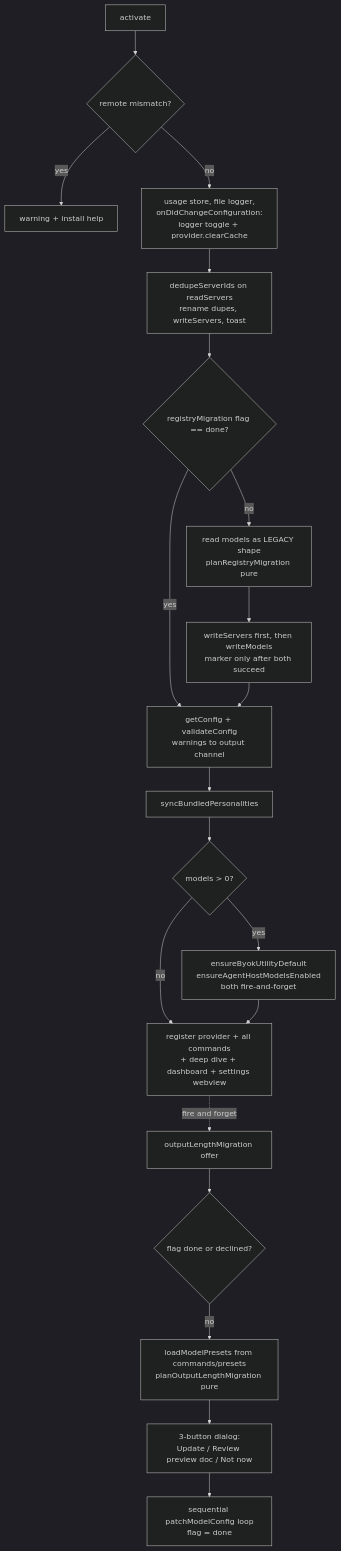
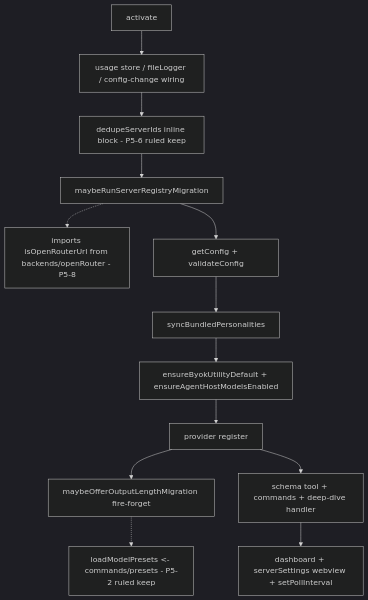
Before and after one commit to fuzzifikation/vLLM-Copilot: the fifth of 18 diagrams in docs/complexity-audit.md, drawn with Mermaid (dark theme). The commit also changed other lines of this file and 113 other files, not shown here.

First line of the commit message:
1.36.0-rc1: full-project review fix passes 1-3 on top of registry polish

````diff
--- a/docs/complexity-audit.md
+++ b/docs/complexity-audit.md
@@ -333,22 +236,15 @@
 ```mermaid
 flowchart TD
-    A[activate] --> B{remote mismatch?}
-    B -->|yes| B1[warning + install help]
-    B -->|no| C[usage store, file logger,<br/>onDidChangeConfiguration:<br/>logger toggle + provider.clearCache]
-    C --> D[dedupeServerIds on readServers<br/>rename dupes, writeServers, toast]
-    D --> E{registryMigration flag == done?}
-    E -->|no| F[read models as LEGACY shape<br/>planRegistryMigration pure]
-    F --> G[writeServers first, then writeModels<br/>marker only after both succeed]
-    E -->|yes| H
-    G --> H[getConfig + validateConfig<br/>warnings to output channel]
-    H --> I[syncBundledPersonalities]
-    I --> J{models > 0?}
-    J -->|yes| K[ensureByokUtilityDefault<br/>ensureAgentHostModelsEnabled<br/>both fire-and-forget]
-    J -->|no| L
-    K --> L[register provider + all commands<br/>+ deep dive + dashboard + settings webview]
-    L -.fire and forget.-> M[outputLengthMigration offer]
-    M --> N{flag done or declined?}
-    N -->|no| O[loadModelPresets from commands/presets<br/>planOutputLengthMigration pure]
-    O --> P[3-button dialog:<br/>Update / Review preview doc / Not now]
-    P --> Q[sequential patchModelConfig loop<br/>flag = done]
+    A[activate] --> B[usage store / fileLogger / config-change wiring]
+    B --> C[dedupeServerIds inline block - P5-6 ruled keep]
+    C --> D[maybeRunServerRegistryMigration]
+    D -.-> D1[imports isOpenRouterUrl from backends/openRouter - P5-8]
+    D --> E[getConfig + validateConfig]
+    E --> F[syncBundledPersonalities]
+    F --> G[ensureByokUtilityDefault + ensureAgentHostModelsEnabled]
+    G --> H[provider register]
+    H --> I[maybeOfferOutputLengthMigration fire-forget]
+    I -.-> I1[loadModelPresets <- commands/presets - P5-2 ruled keep]
+    H --> J[schema tool + commands + deep-dive handler]
+    J --> K[dashboard + serverSettings webview + setPollInterval]
 ```
````
